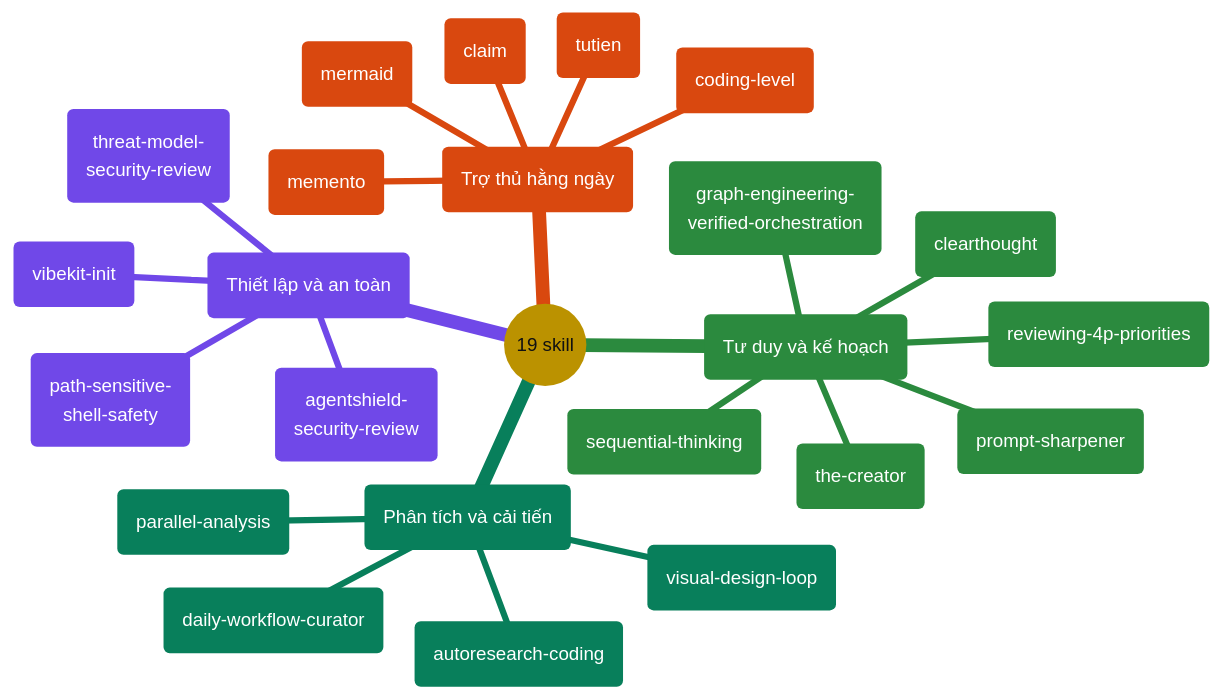
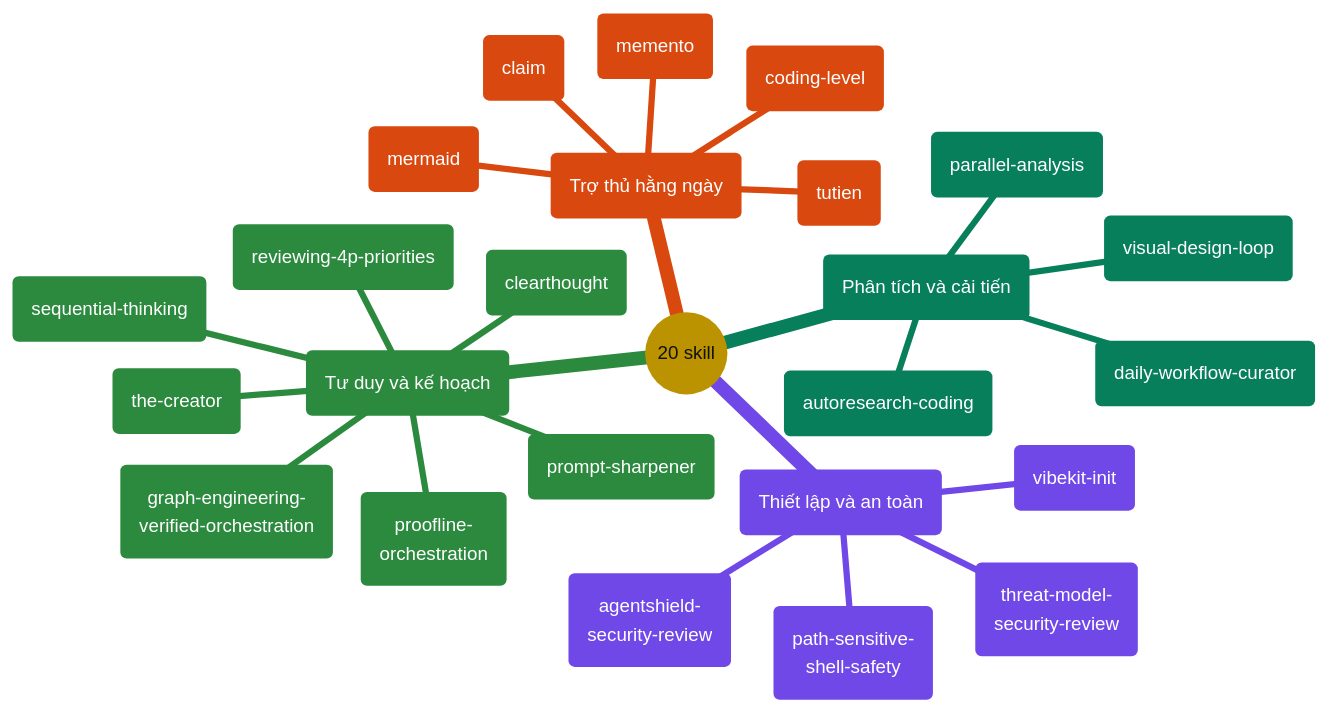
The fifth of 9 diagrams in docs/README.vi.md (giang6283623/minimal-vibe-coding-kit), drawn with Mermaid before and after one commit. The commit also changed other lines of this file and 105 other files, not shown here.

Commit message:
feat: add Proofline orchestration and release v0.5.7

````diff
--- a/docs/README.vi.md
+++ b/docs/README.vi.md
@@ -346,60 +347,61 @@
 ```mermaid
 ---
 config:
   theme: base
   themeCSS: >-
     .mindmap-node:not(.section-root):not(.section--1) text,
     .mindmap-node:not(.section-root):not(.section--1) tspan
     { fill: #FFFFFF !important; }
     .mindmap-node:not(.section-root):not(.section--1) div,
     .mindmap-node:not(.section-root):not(.section--1) span,
     .mindmap-node:not(.section-root):not(.section--1) p
     { color: #FFFFFF !important; }
   themeVariables:
     darkMode: false
     fontFamily: cascadia mono, consolas, noto sans mono, menlo, monospace
     fontSize: 15px
     lineColor: "#888888"
     textColor: "#111111"
     primaryColor: "#FFD43B"
     primaryTextColor: "#111111"
     primaryBorderColor: "#444444"
     cScale0: "#1971C2"
     cScale1: "#7048E8"
     cScale2: "#2B8A3E"
     cScale3: "#087F5B"
     cScale4: "#D9480F"
     cScale5: "#C2255C"
     cScaleLabel0: "#FFFFFF"
     cScaleLabel1: "#FFFFFF"
     cScaleLabel2: "#FFFFFF"
     cScaleLabel3: "#FFFFFF"
     cScaleLabel4: "#FFFFFF"
     cScaleLabel5: "#FFFFFF"
 ---
 mindmap
-  root(("19 skill"))
+  root(("20 skill"))
     setup("Thiết lập và an toàn")
       s1("vibekit-init")
       s2("agentshield-<br/>security-review")
       s3("path-sensitive-<br/>shell-safety")
       s4("threat-model-<br/>security-review")
     think("Tư duy và kế hoạch")
       t1("clearthought")
       t2("sequential-thinking")
       t3("prompt-sharpener")
       t4("reviewing-4p-priorities")
       t5("graph-engineering-<br/>verified-orchestration")
       t6("the-creator")
+      t7("proofline-<br/>orchestration")
     analyze("Phân tích và cải tiến")
       a1("parallel-analysis")
       a2("autoresearch-coding")
       a3("daily-workflow-curator")
       a4("visual-design-loop")
     helpers("Trợ thủ hằng ngày")
       h1("memento")
       h2("coding-level")
       h3("mermaid")
       h4("claim")
       h5("tutien")
 ```
````
